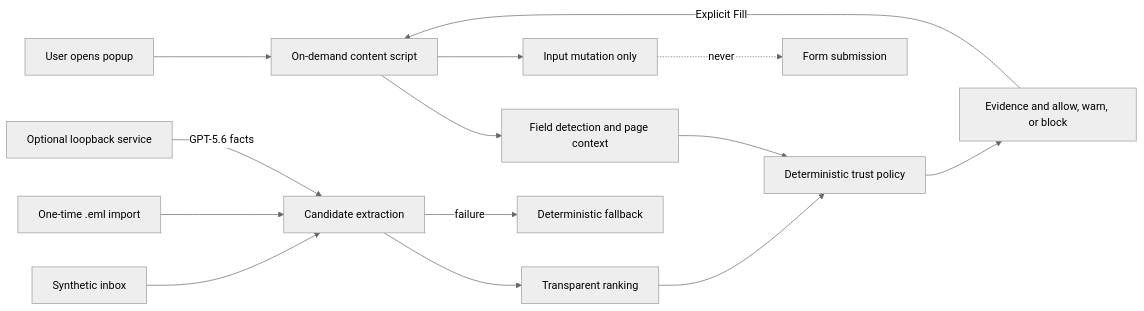
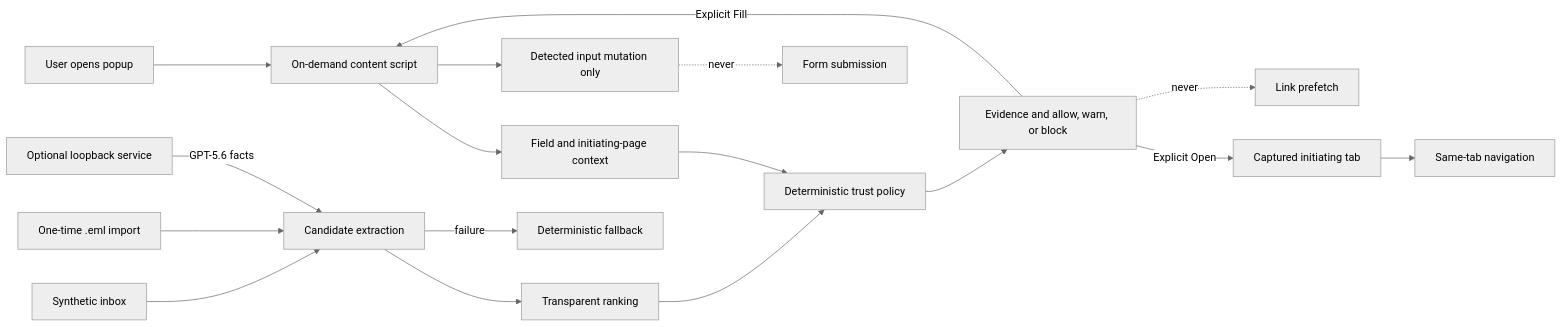
One commit to lzongren/contextfill changed the diagram in README.md. Above: the diagram before and after it, drawn with Mermaid (neutral theme). The commit also changed other lines of this file and 51 other files, not shown here.

````diff
--- a/README.md
+++ b/README.md
@@ -49,16 +51,19 @@
 ```mermaid
 flowchart LR
   U["User opens popup"] --> C["On-demand content script"]
-  C --> F["Field detection and page context"]
+  C --> F["Field and initiating-page context"]
   S["Synthetic inbox"] --> X["Candidate extraction"]
   I["One-time .eml import"] --> X
   X --> R["Transparent ranking"]
   F --> P["Deterministic trust policy"]
   R --> P
   P --> UI["Evidence and allow, warn, or block"]
+  UI -->|"Explicit Open"| T["Captured initiating tab"]
   UI -->|"Explicit Fill"| C
-  C --> M["Input mutation only"]
+  C --> M["Detected input mutation only"]
+  T --> O["Same-tab navigation"]
   M -. "never" .-> N["Form submission"]
+  UI -. "never" .-> Q["Link prefetch"]
   L["Optional loopback service"] -->|"GPT-5.6 facts"| X
   X -->|"failure"| D["Deterministic fallback"]
 ```
````
